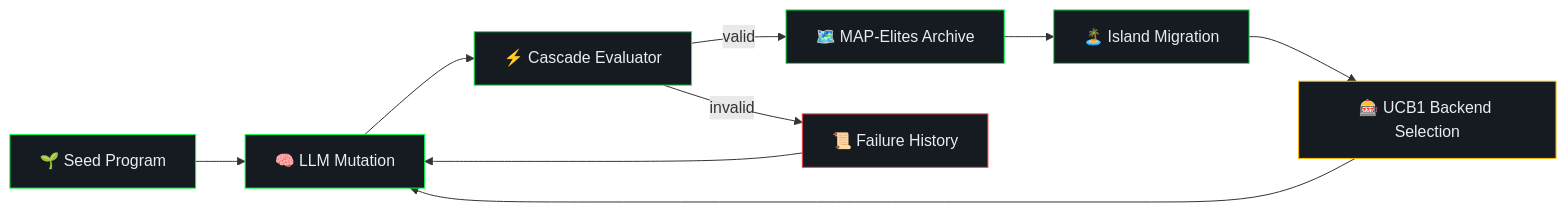
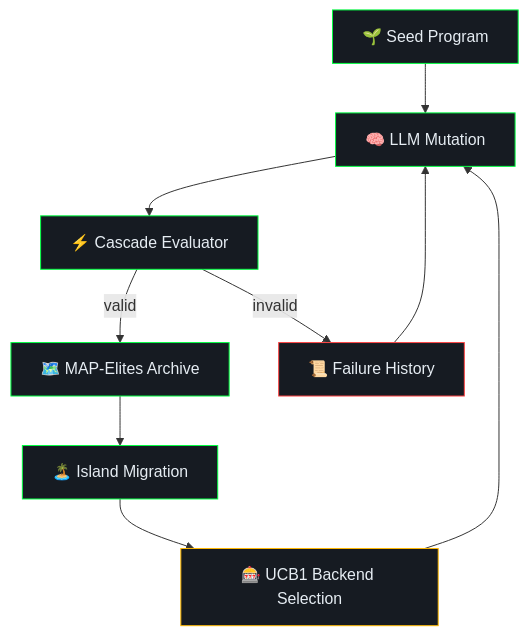
The diagram in README.md (LibreEvolve/libreevolve), drawn with Mermaid before and after one commit.

Commit message:
fix: switch Mermaid diagram to top-down layout for better viewport fit

````diff
--- a/README.md
+++ b/README.md
@@ -116,19 +116,19 @@
 ```mermaid
-graph LR
+graph TD
     A[🌱 Seed Program] --> B[🧠 LLM Mutation]
     B --> C[⚡ Cascade Evaluator]
     C -->|valid| D[🗺️ MAP-Elites Archive]
     C -->|invalid| E[📜 Failure History]
     E --> B
     D --> F[🏝️ Island Migration]
     F --> G[🎰 UCB1 Backend Selection]
     G --> B
 
     style A fill:#161B22,stroke:#00FF41,color:#E6EDF3
     style B fill:#161B22,stroke:#00FF41,color:#E6EDF3
     style C fill:#161B22,stroke:#00FF41,color:#E6EDF3
     style D fill:#161B22,stroke:#00FF41,color:#E6EDF3
     style E fill:#161B22,stroke:#FF4444,color:#E6EDF3
     style F fill:#161B22,stroke:#00FF41,color:#E6EDF3
     style G fill:#161B22,stroke:#FFB800,color:#E6EDF3
 ```
````
